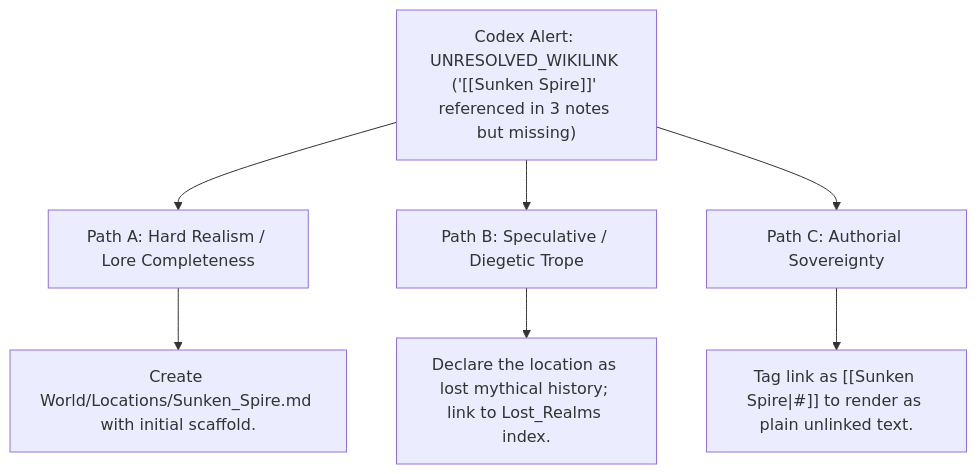
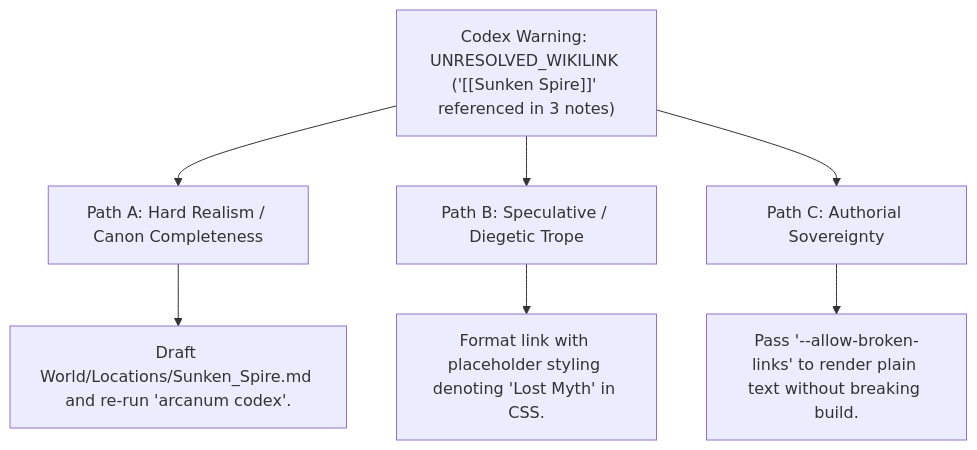
The second of 2 diagrams in docs/CODEX_EXPORT.md (aryansinghnagar/Ars-Arcanum), drawn with Mermaid before and after one commit. The commit also changed other lines of this file and 239 other files, not shown here.

First line of the commit message:
feat(v5.0.0): streamline to 47 deterministic engines, zero-pip architecture, and encyclopedic craft references

````diff
--- a/docs/CODEX_EXPORT.md
+++ b/docs/CODEX_EXPORT.md
@@ -95,10 +163,10 @@
 ```mermaid
 flowchart TD
-    Alert["Codex Alert: UNRESOLVED_WIKILINK ('[[Sunken Spire]]' referenced in 3 notes but missing)"] --> PathA["Path A: Hard Realism / Lore Completeness"]
+    Alert["Codex Warning: UNRESOLVED_WIKILINK ('[[Sunken Spire]]' referenced in 3 notes)"] --> PathA["Path A: Hard Realism / Canon Completeness"]
     Alert --> PathB["Path B: Speculative / Diegetic Trope"]
     Alert --> PathC["Path C: Authorial Sovereignty"]
     
-    PathA --> SolA["Create World/Locations/Sunken_Spire.md with initial scaffold."]
-    PathB --> SolB["Declare the location as lost mythical history; link to Lost_Realms index."]
-    PathC --> SolC["Tag link as [[Sunken Spire|#]] to render as plain unlinked text."]
+    PathA --> SolA["Draft World/Locations/Sunken_Spire.md and re-run 'arcanum codex'."]
+    PathB --> SolB["Format link with placeholder styling denoting 'Lost Myth' in CSS."]
+    PathC --> SolC["Pass '--allow-broken-links' to render plain text without breaking build."]
 ```
````
